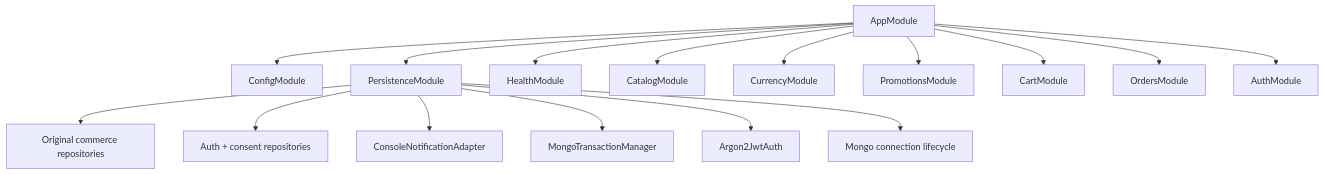
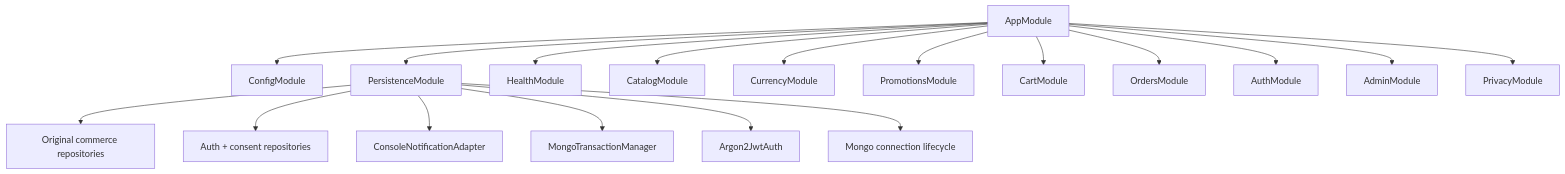
Before and after one commit to Kaizer-Systems/saha-textile: the first of 2 diagrams in docs/backend/composition-and-adapters.md, drawn with Mermaid. The commit also changed other lines of this file and 48 other files, not shown here.

````diff
--- a/docs/backend/composition-and-adapters.md
+++ b/docs/backend/composition-and-adapters.md
@@ -23,19 +23,21 @@
 ```mermaid
 flowchart TD
     App["AppModule"] --> Config["ConfigModule"]
     App --> Persistence["PersistenceModule"]
     App --> Health["HealthModule"]
     App --> Catalog["CatalogModule"]
     App --> Currency["CurrencyModule"]
     App --> Promotions["PromotionsModule"]
     App --> Cart["CartModule"]
     App --> Orders["OrdersModule"]
     App --> Auth["AuthModule"]
+    App --> Admin["AdminModule"]
+    App --> Privacy["PrivacyModule"]
 
     Persistence --> MongoRepos["Original commerce repositories"]
     Persistence --> AuthRepos["Auth + consent repositories"]
     Persistence --> Notifications["ConsoleNotificationAdapter"]
     Persistence --> Transaction["MongoTransactionManager"]
     Persistence --> AuthAdapter["Argon2JwtAuth"]
     Persistence --> MongoConnection["Mongo connection lifecycle"]
 ```
````
